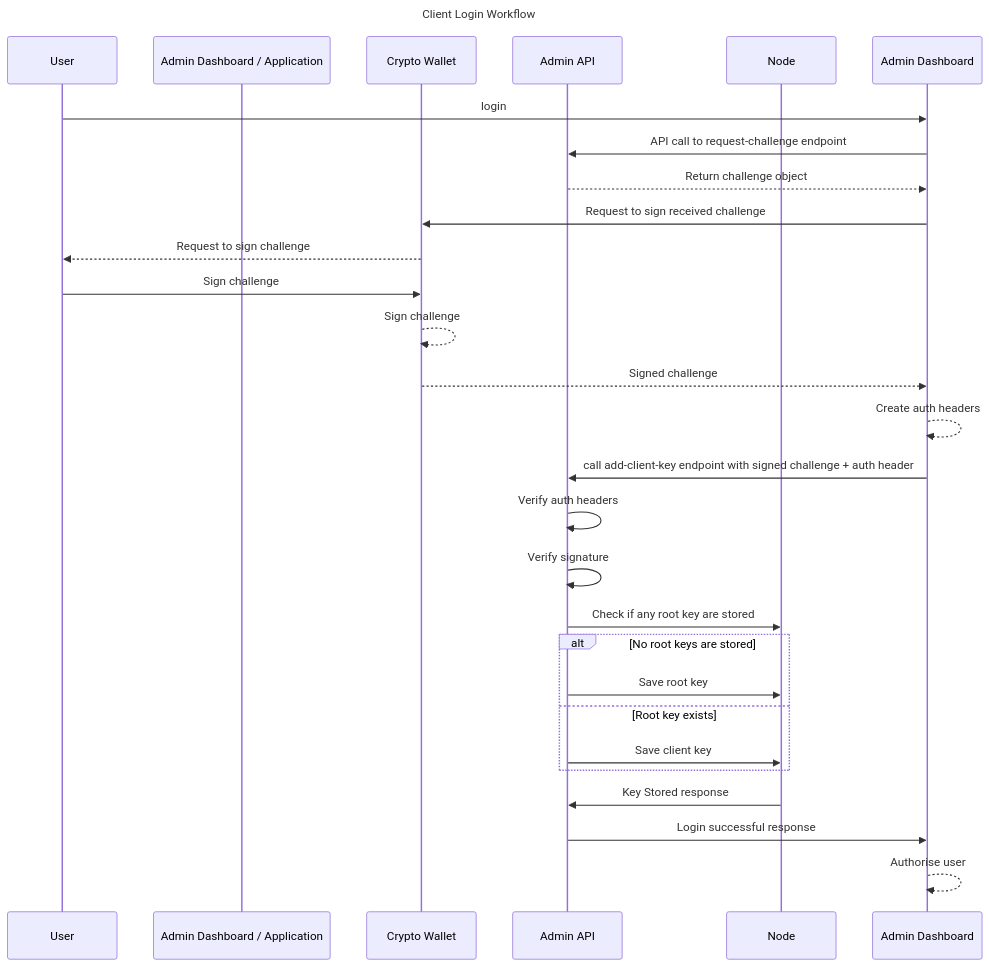
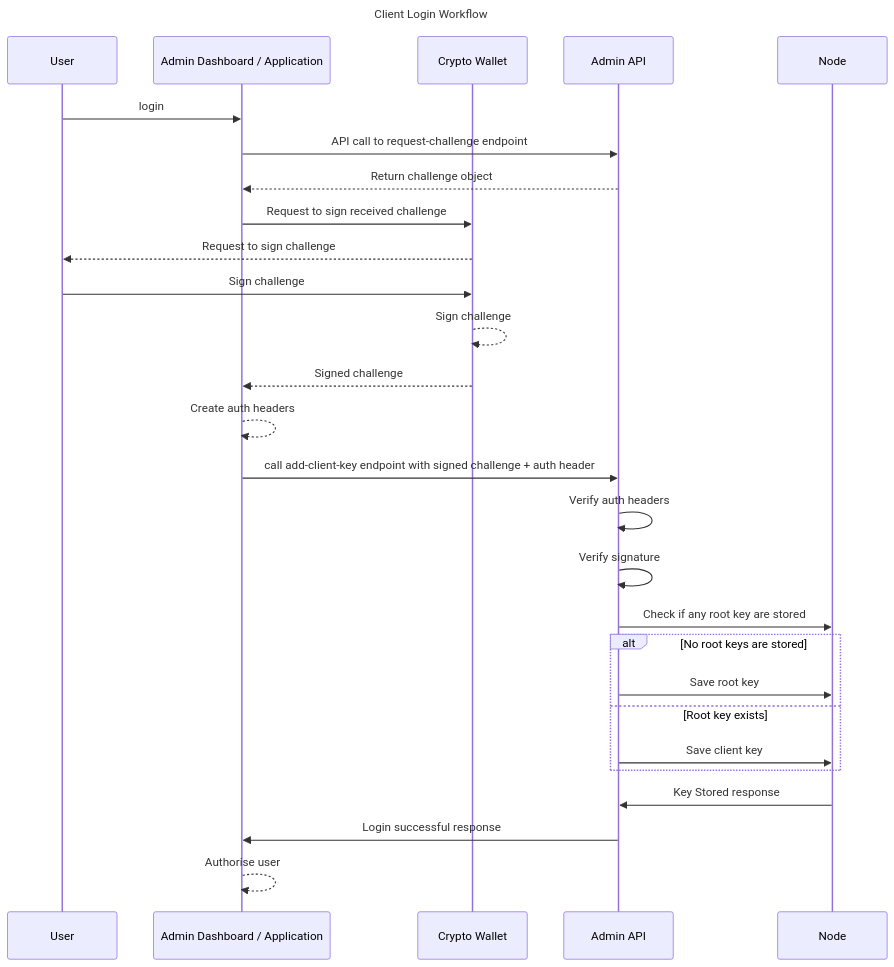
One commit to calimero-network/core changed the diagram in crates/server/README.md. Above: the diagram before and after it, drawn with Mermaid.

Commit message:
fix: client login diagram

````diff
--- a/crates/server/README.md
+++ b/crates/server/README.md
@@ -78,32 +78,32 @@
 ```mermaid
 sequenceDiagram
     title Client Login Workflow
     
     participant User
     participant Admin Dashboard / Application
     participant Crypto Wallet
     participant Admin API
     participant Node
     
-    User->>Admin Dashboard: login
-    Admin Dashboard->>Admin API: API call to request-challenge endpoint
-    Admin API-->>Admin Dashboard: Return challenge object
-    Admin Dashboard->>Crypto Wallet: Request to sign received challenge
+    User->>Admin Dashboard / Application: login
+    Admin Dashboard / Application->>Admin API: API call to request-challenge endpoint
+    Admin API-->>Admin Dashboard / Application: Return challenge object
+    Admin Dashboard / Application->>Crypto Wallet: Request to sign received challenge
     Crypto Wallet-->>User: Request to sign challenge
     User->>Crypto Wallet: Sign challenge
     Crypto Wallet-->>Crypto Wallet: Sign challenge
-    Crypto Wallet-->>Admin Dashboard: Signed challenge
-    Admin Dashboard-->>Admin Dashboard: Create auth headers
-    Admin Dashboard->>Admin API: call add-client-key endpoint with signed challenge + auth header
+    Crypto Wallet-->>Admin Dashboard / Application: Signed challenge
+    Admin Dashboard / Application-->>Admin Dashboard / Application: Create auth headers
+    Admin Dashboard / Application->>Admin API: call add-client-key endpoint with signed challenge + auth header
     Admin API->>Admin API: Verify auth headers    
     Admin API->>Admin API: Verify signature
     Admin API->>Node: Check if any root key are stored
     alt No root keys are stored 
         Admin API->>Node: Save root key
     else Root key exists
         Admin API->>Node: Save client key
     end
     Node->>Admin API: Key Stored response
-    Admin API->>Admin Dashboard: Login successful response
-    Admin Dashboard-->>Admin Dashboard: Authorise user
+    Admin API->>Admin Dashboard / Application: Login successful response
+    Admin Dashboard / Application-->>Admin Dashboard / Application: Authorise user
 ```
````
